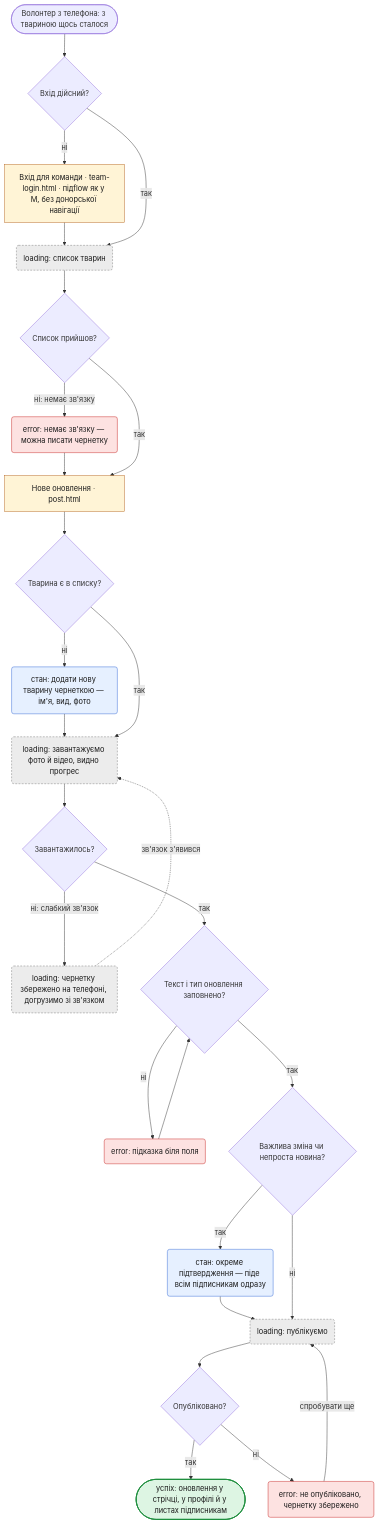
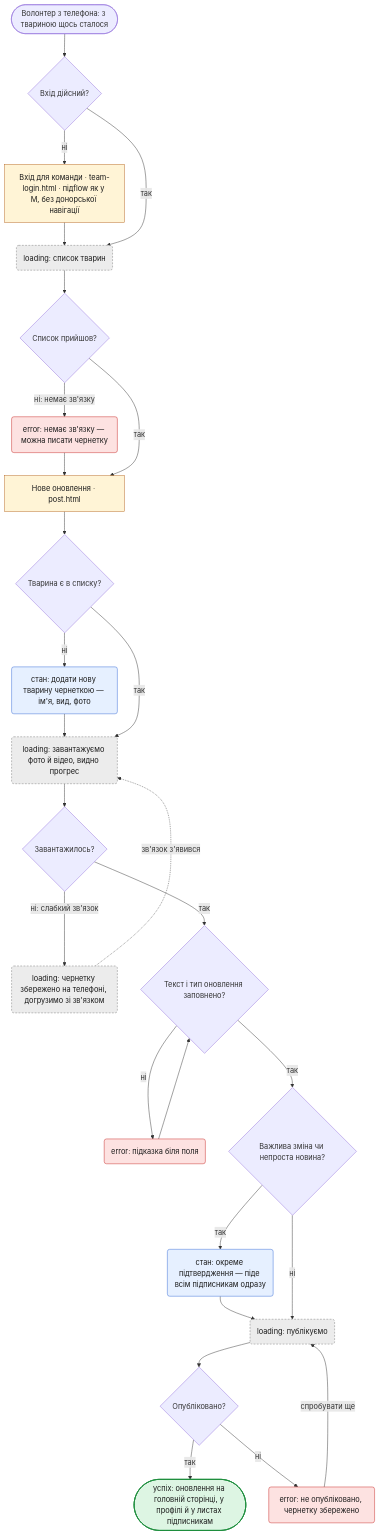
One commit to diadieva/pride changed the eighth of 8 diagrams in flows.md. Above: the diagram before and after it, drawn with Mermaid. The commit also changed other lines of this file and 67 other files, not shown here.

````diff
--- a/flows.md
+++ b/flows.md
@@ -773,39 +773,39 @@
 ```mermaid
 flowchart TD
     S(["Волонтер з телефона: з твариною щось сталося"]) --> Q1{"Вхід дійсний?"}
     Q1 -->|ні| LOGIN["Вхід для команди · team-login.html · підflow як у M, без донорської навігації"]
     LOGIN --> L1
     Q1 -->|так| L1("loading: список тварин")
     L1 --> Q2{"Список прийшов?"}
     Q2 -->|"ні: немає зв'язку"| E1("error: немає зв'язку — можна писати чернетку")
     E1 --> POST
     Q2 -->|так| POST["Нове оновлення · post.html"]
     POST --> Q3{"Тварина є в списку?"}
     Q3 -->|ні| ST1("стан: додати нову тварину чернеткою — ім'я, вид, фото")
     ST1 --> L2
     Q3 -->|так| L2("loading: завантажуємо фото й відео, видно прогрес")
     L2 --> Q4{"Завантажилось?"}
     Q4 -->|"ні: слабкий зв'язок"| ST2("loading: чернетку збережено на телефоні, догрузимо зі зв'язком")
     ST2 -.->|"зв'язок з'явився"| L2
     Q4 -->|так| Q5{"Текст і тип оновлення заповнено?"}
     Q5 -->|ні| E2("error: підказка біля поля")
     E2 --> Q5
     Q5 -->|так| Q6{"Важлива зміна чи непроста новина?"}
     Q6 -->|так| ST3("стан: окреме підтвердження — піде всім підписникам одразу")
     ST3 --> L3
     Q6 -->|ні| L3("loading: публікуємо")
     L3 --> Q7{"Опубліковано?"}
-    Q7 -->|так| OK1(["успіх: оновлення у стрічці, у профілі й у листах підписникам"])
+    Q7 -->|так| OK1(["успіх: оновлення на головній сторінці, у профілі й у листах підписникам"])
     Q7 -->|ні| E3("error: не опубліковано, чернетку збережено")
     E3 -->|"спробувати ще"| L3
     classDef screen fill:#FFF4D6,stroke:#B5651D,color:#1a1a1a
     classDef loading fill:#ECECEC,stroke:#777777,color:#1a1a1a,stroke-dasharray:4 3
     classDef error fill:#FDE2E1,stroke:#C5221F,color:#1a1a1a
     classDef state fill:#E6F0FF,stroke:#3367D6,color:#1a1a1a
     classDef ok fill:#DDF5E3,stroke:#1E8E3E,color:#1a1a1a,stroke-width:2px
     class LOGIN,POST screen
     class L1,L2,L3,ST2 loading
     class E1,E2,E3 error
     class ST1,ST3 state
     class OK1 ok
 ```
````
